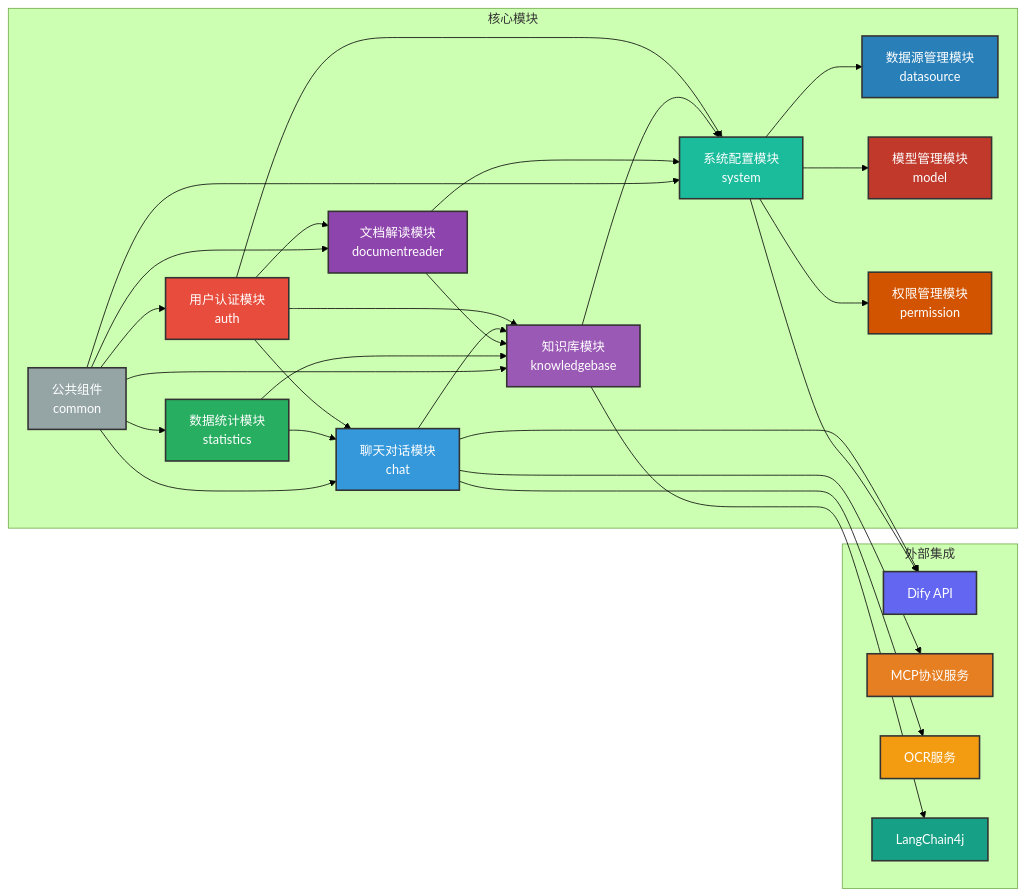
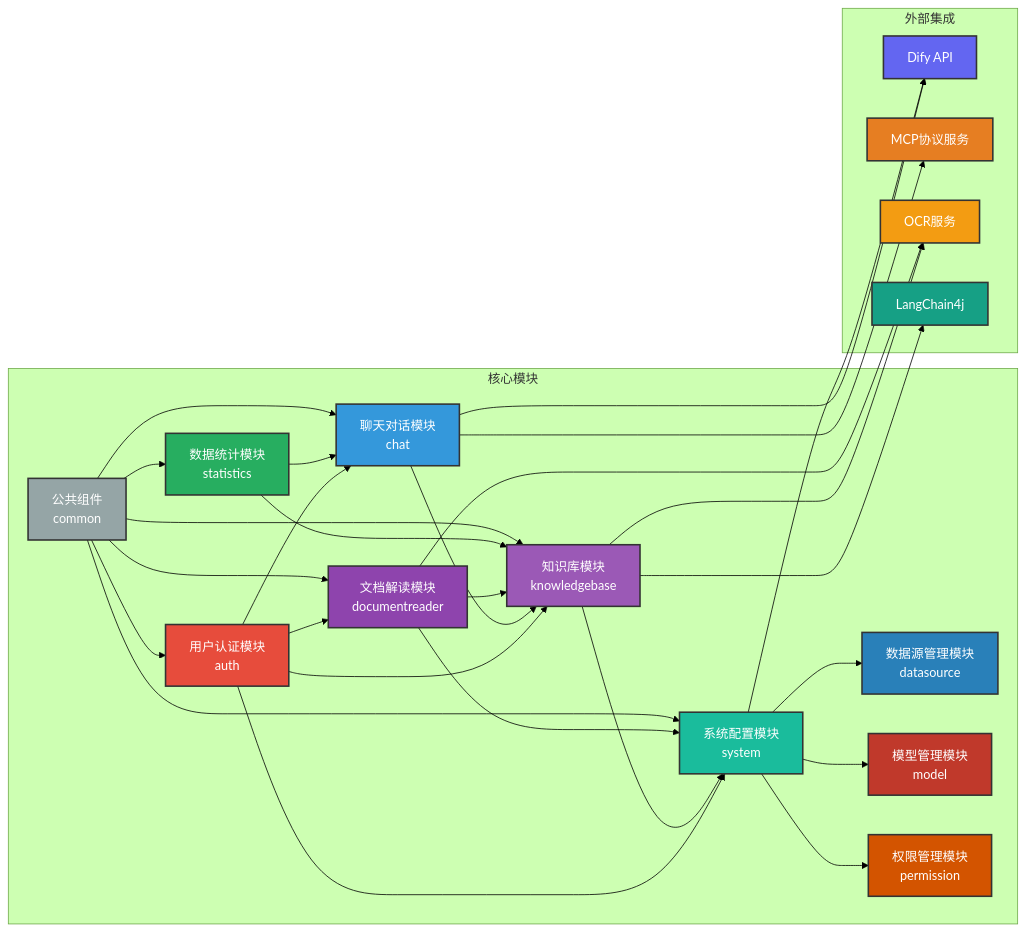
One commit to NanoAgentCode/DifyApp changed the third of 3 diagrams in backend/README-backend.md. Above: the diagram before and after it, drawn with Mermaid (forest theme). The commit also changed other lines of this file and 7 other files, not shown here.

````diff
--- a/backend/README-backend.md
+++ b/backend/README-backend.md
@@ -183,62 +183,63 @@
 ```mermaid
 graph LR
     subgraph "核心模块"
         Auth[用户认证模块<br/>auth]
         Chat[聊天对话模块<br/>chat]
         KB[知识库模块<br/>knowledgebase]
         System[系统配置模块<br/>system]
         DocReader[文档解读模块<br/>documentreader]
         Statistics[数据统计模块<br/>statistics]
         DataSource[数据源管理模块<br/>datasource]
         Model[模型管理模块<br/>model]
         Permission[权限管理模块<br/>permission]
         Common[公共组件<br/>common]
     end
     
     subgraph "外部集成"
         Dify[Dify API]
         MCP[MCP协议服务]
         OCR[OCR服务]
         LangChain[LangChain4j]
     end
     
     Auth --> Chat
     Auth --> KB
     Auth --> System
     Auth --> DocReader
     Chat --> KB
     Chat --> Dify
     Chat --> MCP
-    Chat --> OCR
+    KB --> OCR
+    DocReader --> OCR
     KB --> LangChain
     KB --> System
     DocReader --> KB
     DocReader --> System
     System --> Dify
     System --> DataSource
     System --> Model
     System --> Permission
     Statistics --> Chat
     Statistics --> KB
     Common --> Auth
     Common --> Chat
     Common --> KB
     Common --> System
     Common --> DocReader
     Common --> Statistics
     
     style Auth fill:#e74c3c,stroke:#333,stroke-width:2px,color:#fff
     style Chat fill:#3498db,stroke:#333,stroke-width:2px,color:#fff
     style KB fill:#9b59b6,stroke:#333,stroke-width:2px,color:#fff
     style System fill:#1abc9c,stroke:#333,stroke-width:2px,color:#fff
     style DocReader fill:#8e44ad,stroke:#333,stroke-width:2px,color:#fff
     style Statistics fill:#27ae60,stroke:#333,stroke-width:2px,color:#fff
     style DataSource fill:#2980b9,stroke:#333,stroke-width:2px,color:#fff
     style Model fill:#c0392b,stroke:#333,stroke-width:2px,color:#fff
     style Permission fill:#d35400,stroke:#333,stroke-width:2px,color:#fff
     style Common fill:#95a5a6,stroke:#333,stroke-width:2px,color:#fff
     style Dify fill:#6366f1,stroke:#333,stroke-width:2px,color:#fff
     style MCP fill:#e67e22,stroke:#333,stroke-width:2px,color:#fff
     style OCR fill:#f39c12,stroke:#333,stroke-width:2px,color:#fff
     style LangChain fill:#16a085,stroke:#333,stroke-width:2px,color:#fff
 ```
````
